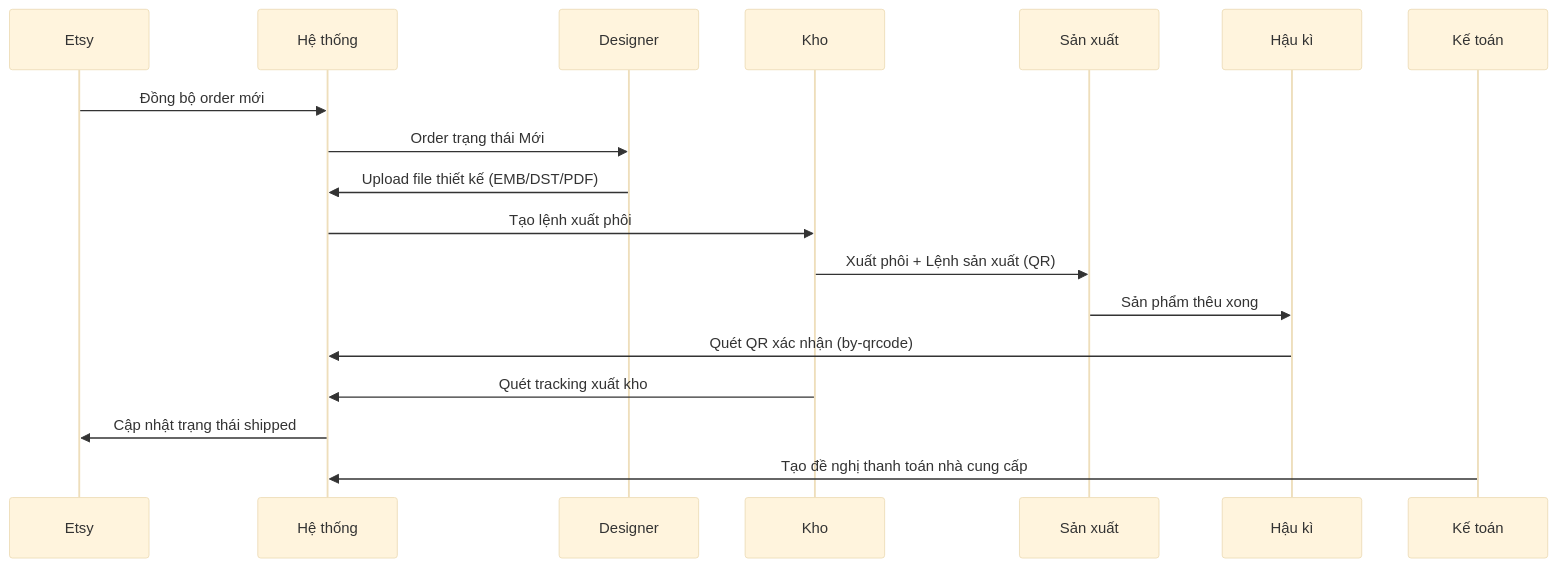
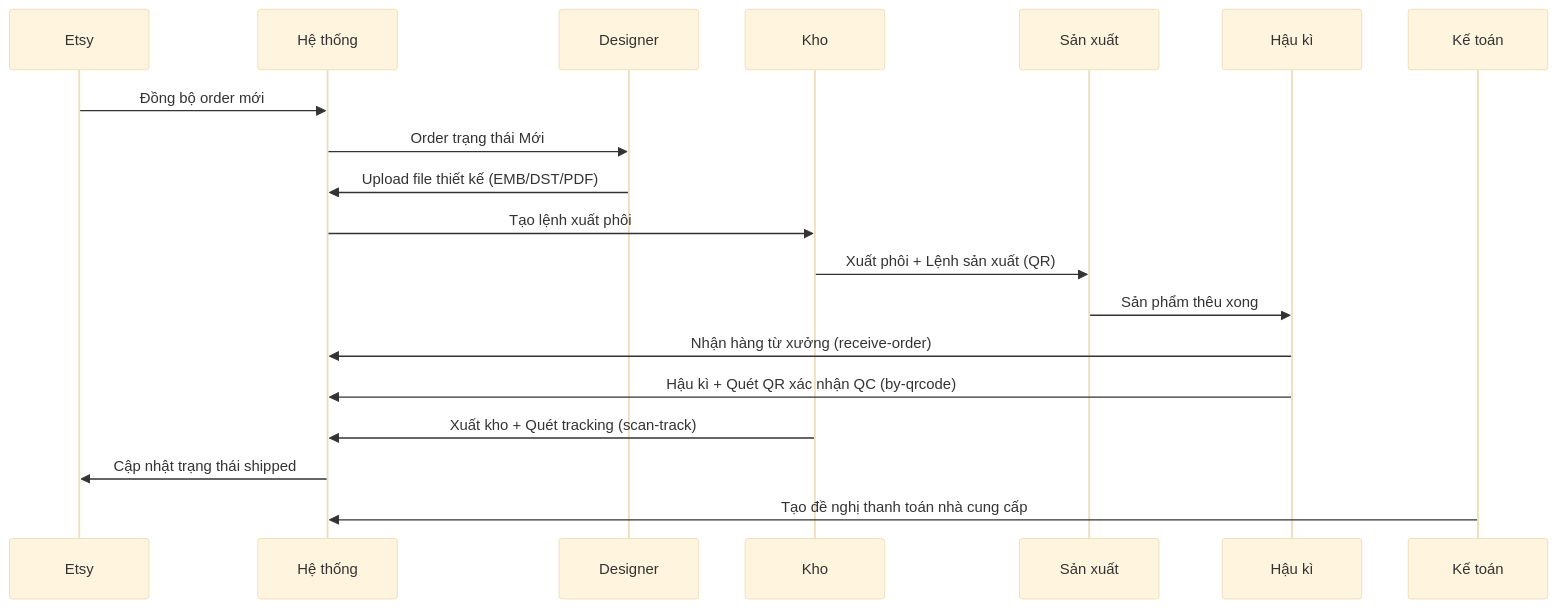
Before and after one commit to gioitrongxuan/streamhubs: the second of 2 diagrams in docs/01-phan-tich-quy-trinh/co-cau-to-chuc.md, drawn with Mermaid (base theme). The commit also changed other lines of this file and 14 other files, not shown here.

````diff
--- a/docs/01-phan-tich-quy-trinh/co-cau-to-chuc.md
+++ b/docs/01-phan-tich-quy-trinh/co-cau-to-chuc.md
@@ -67,21 +76,22 @@
 ```mermaid
 sequenceDiagram
     participant E as Etsy
     participant SYS as Hệ thống
     participant DES as Designer
     participant WH as Kho
     participant PRD as Sản xuất
     participant HK as Hậu kì
     participant FIN as Kế toán
 
     E->>SYS: Đồng bộ order mới
     SYS->>DES: Order trạng thái Mới
     DES->>SYS: Upload file thiết kế (EMB/DST/PDF)
     SYS->>WH: Tạo lệnh xuất phôi
     WH->>PRD: Xuất phôi + Lệnh sản xuất (QR)
     PRD->>HK: Sản phẩm thêu xong
-    HK->>SYS: Quét QR xác nhận (by-qrcode)
-    WH->>SYS: Quét tracking xuất kho
+    HK->>SYS: Nhận hàng từ xưởng (receive-order)
+    HK->>SYS: Hậu kì + Quét QR xác nhận QC (by-qrcode)
+    WH->>SYS: Xuất kho + Quét tracking (scan-track)
     SYS->>E: Cập nhật trạng thái shipped
     FIN->>SYS: Tạo đề nghị thanh toán nhà cung cấp
 ```
````
